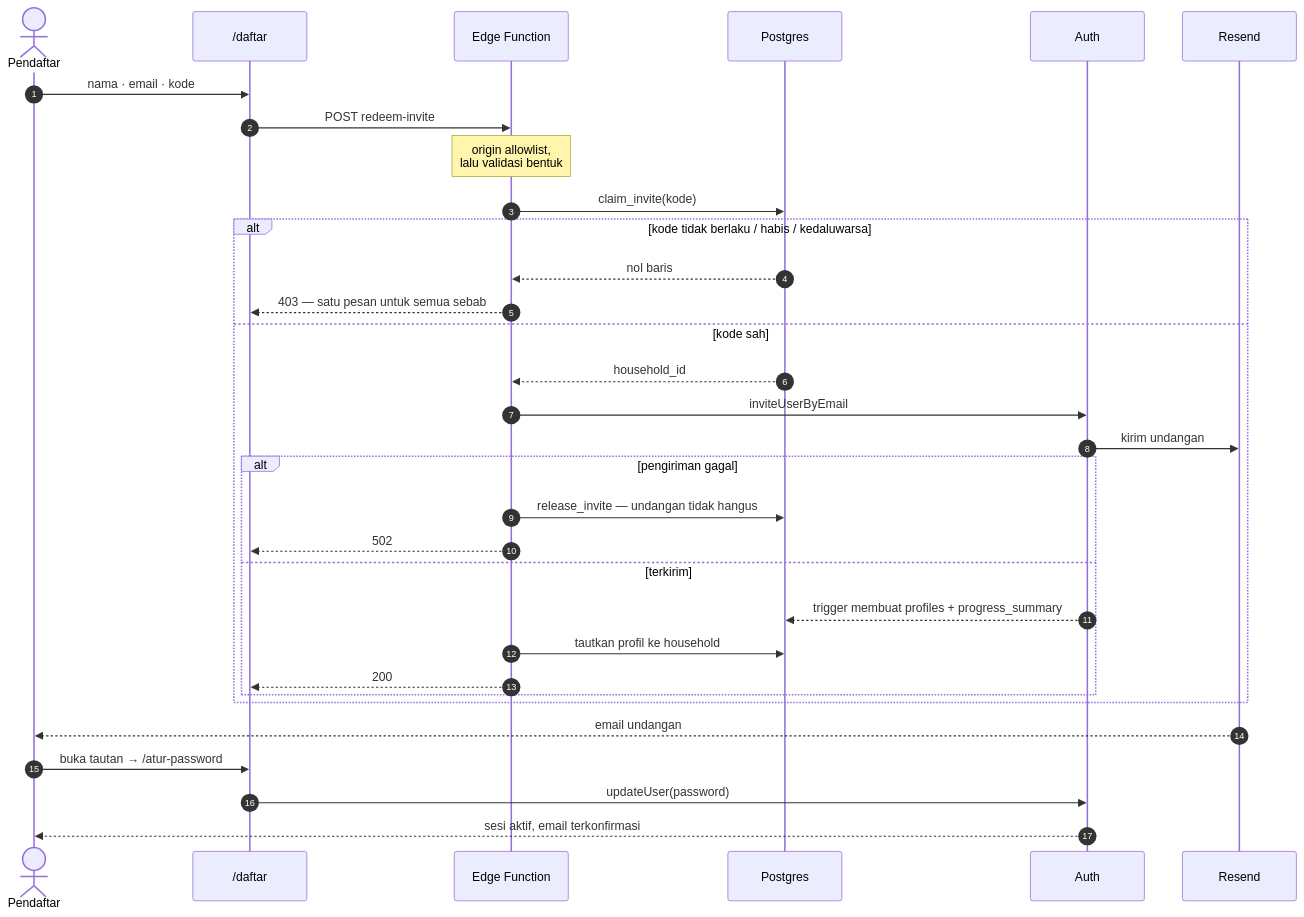
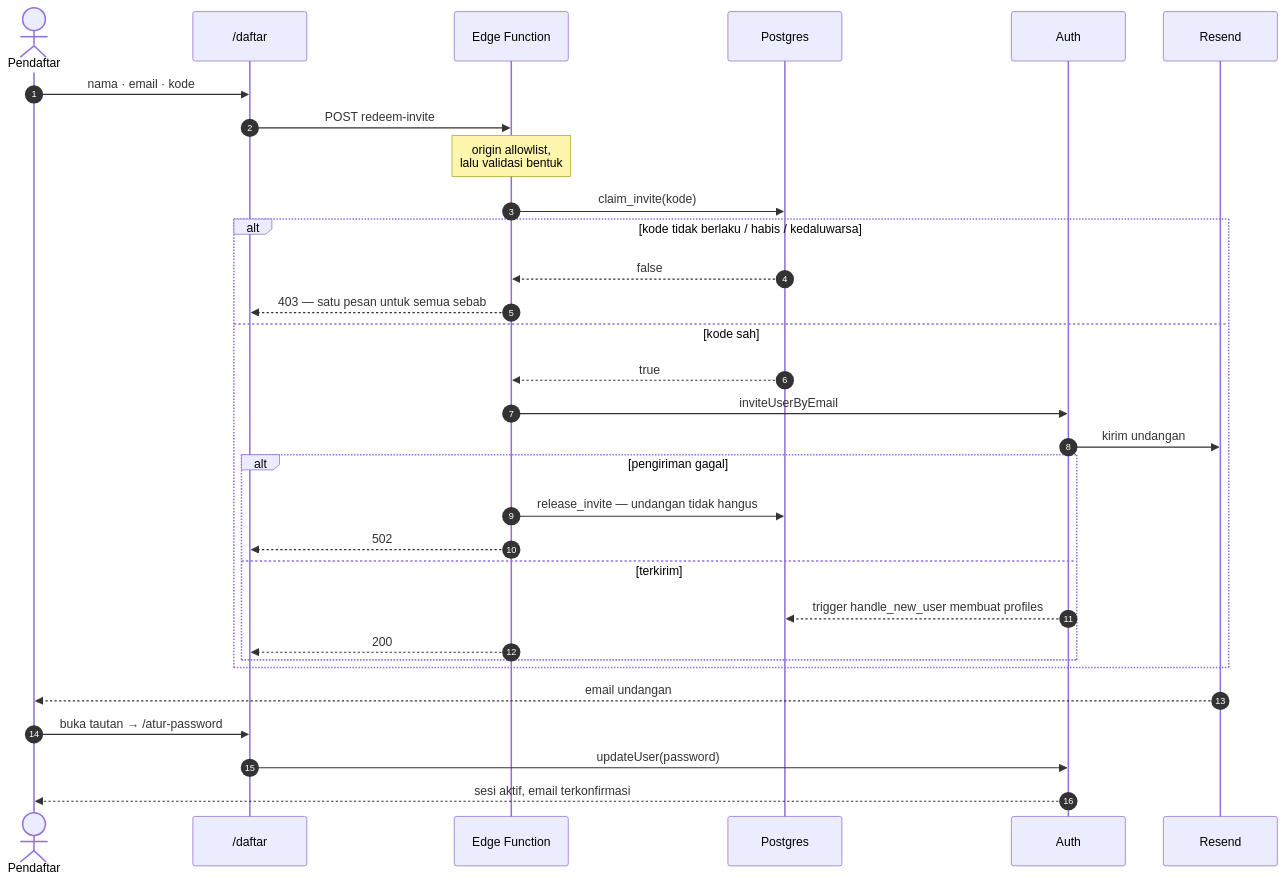
Before and after one commit to RiGi26/planner-family-platform: the second of 4 diagrams in docs/ARCHITECTURE.md, drawn with Mermaid. The commit also changed other lines of this file and 2 other files, not shown here.

First line of the commit message:
docs: PRD 2.1 and architecture docs catch up with the generalisation

````diff
--- a/docs/ARCHITECTURE.md
+++ b/docs/ARCHITECTURE.md
@@ -92,35 +96,34 @@
 ```mermaid
 sequenceDiagram
     autonumber
     actor U as Pendaftar
     participant P as /daftar
     participant F as Edge Function
     participant DB as Postgres
     participant A as Auth
     participant M as Resend
 
     U->>P: nama · email · kode
     P->>F: POST redeem-invite
     Note over F: origin allowlist,<br/>lalu validasi bentuk
     F->>DB: claim_invite(kode)
     alt kode tidak berlaku / habis / kedaluwarsa
-        DB-->>F: nol baris
+        DB-->>F: false
         F-->>P: 403 — satu pesan untuk semua sebab
     else kode sah
-        DB-->>F: household_id
+        DB-->>F: true
         F->>A: inviteUserByEmail
         A->>M: kirim undangan
         alt pengiriman gagal
             F->>DB: release_invite — undangan tidak hangus
             F-->>P: 502
         else terkirim
-            A-->>DB: trigger membuat profiles + progress_summary
-            F->>DB: tautkan profil ke household
+            A-->>DB: trigger handle_new_user membuat profiles
             F-->>P: 200
         end
     end
     M-->>U: email undangan
     U->>P: buka tautan → /atur-password
     P->>A: updateUser(password)
     A-->>U: sesi aktif, email terkonfirmasi
 ```
````
